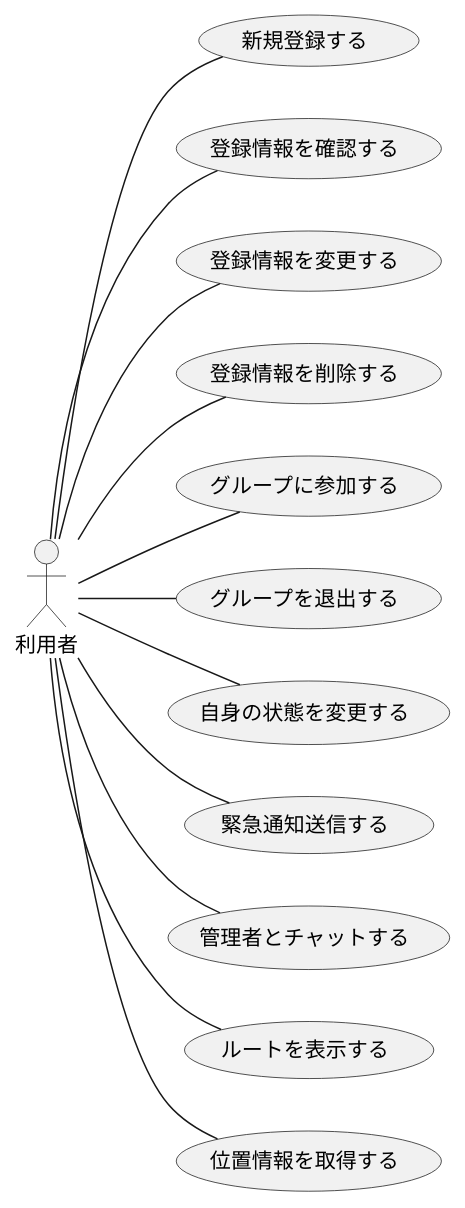
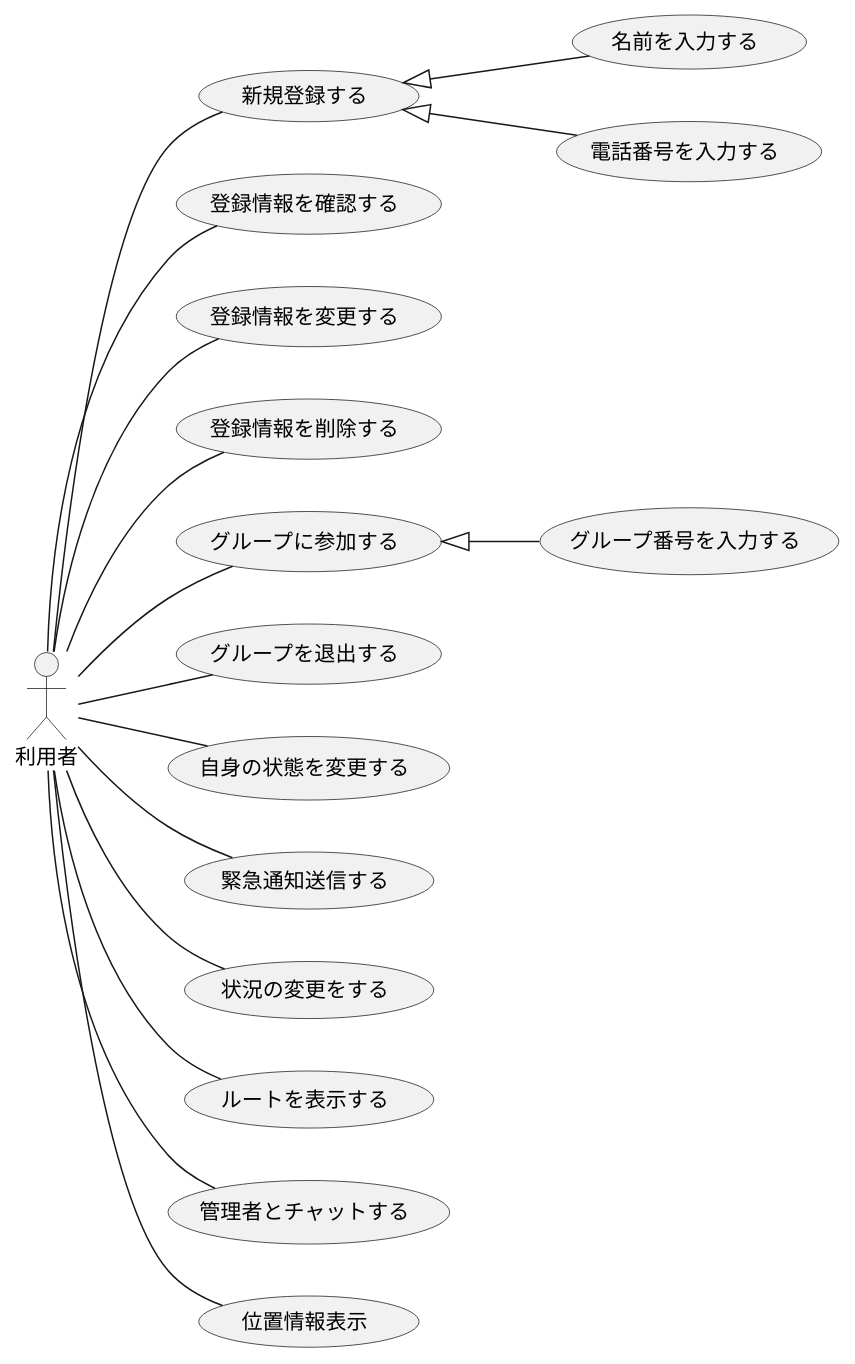
Before and after one commit to ksw2270227/GroupF: the diagram in F_usecase_user.plantuml, drawn with PlantUML.

Commit message:
染谷編集ー

```diff
--- a/F_usecase_user.plantuml
+++ b/F_usecase_user.plantuml
@@ -1,18 +1,25 @@
 @startuml ユースケース
 
 left to right direction
 actor 利用者
 
 利用者 -- (新規登録する)
 利用者 -- (登録情報を確認する)
 利用者 -- (登録情報を変更する)
 利用者 -- (登録情報を削除する)
 利用者 -- (グループに参加する)
 利用者 -- (グループを退出する)
 利用者 -- (自身の状態を変更する)
 利用者 -- (緊急通知送信する)
+利用者 -- (状況の変更をする)
+利用者 -- (ルートを表示する)
 利用者 -- (管理者とチャットする)
-利用者 -- (ルートを表示する)
-利用者 -- (位置情報を取得する)
+利用者 -- (位置情報表示)
+
+
+(新規登録する) <|-- (名前を入力する)
+(新規登録する) <|-- (電話番号を入力する)
+
+(グループに参加する) <|-- (グループ番号を入力する)
 
 @enduml
```
